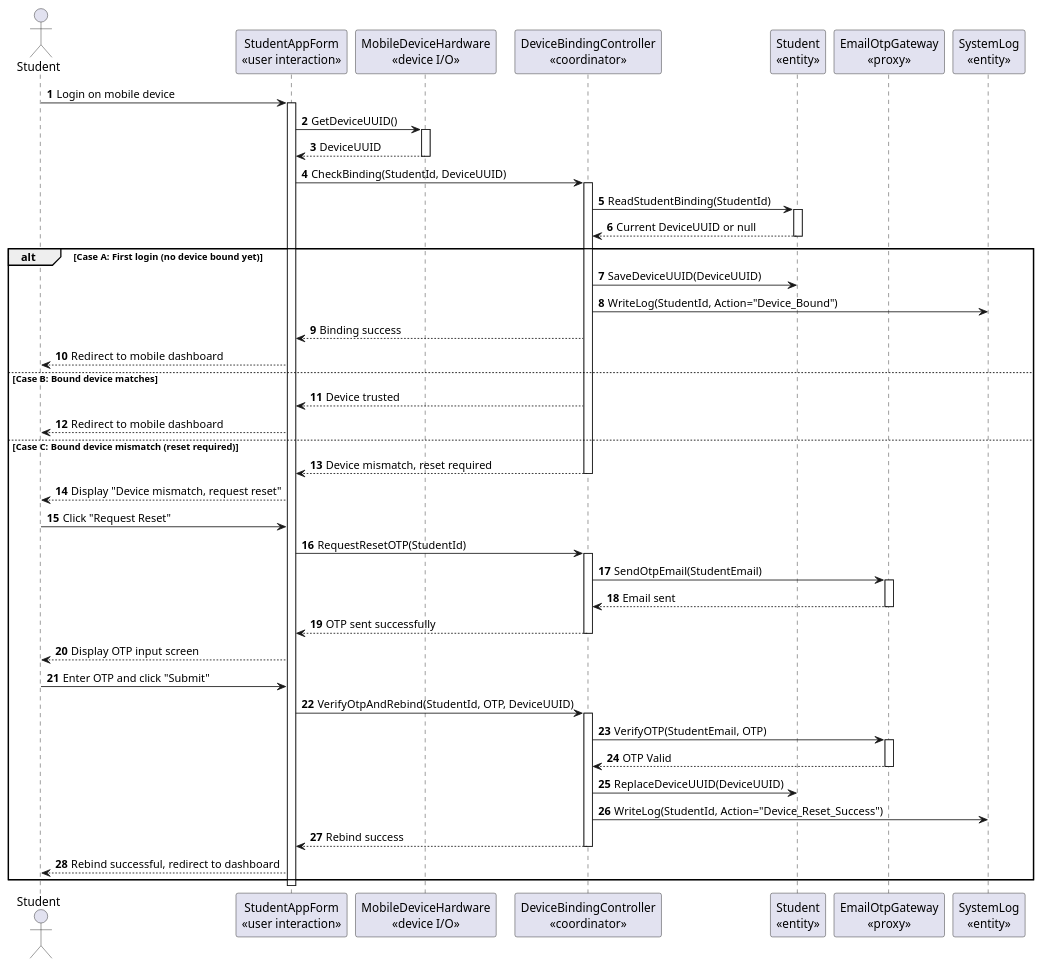
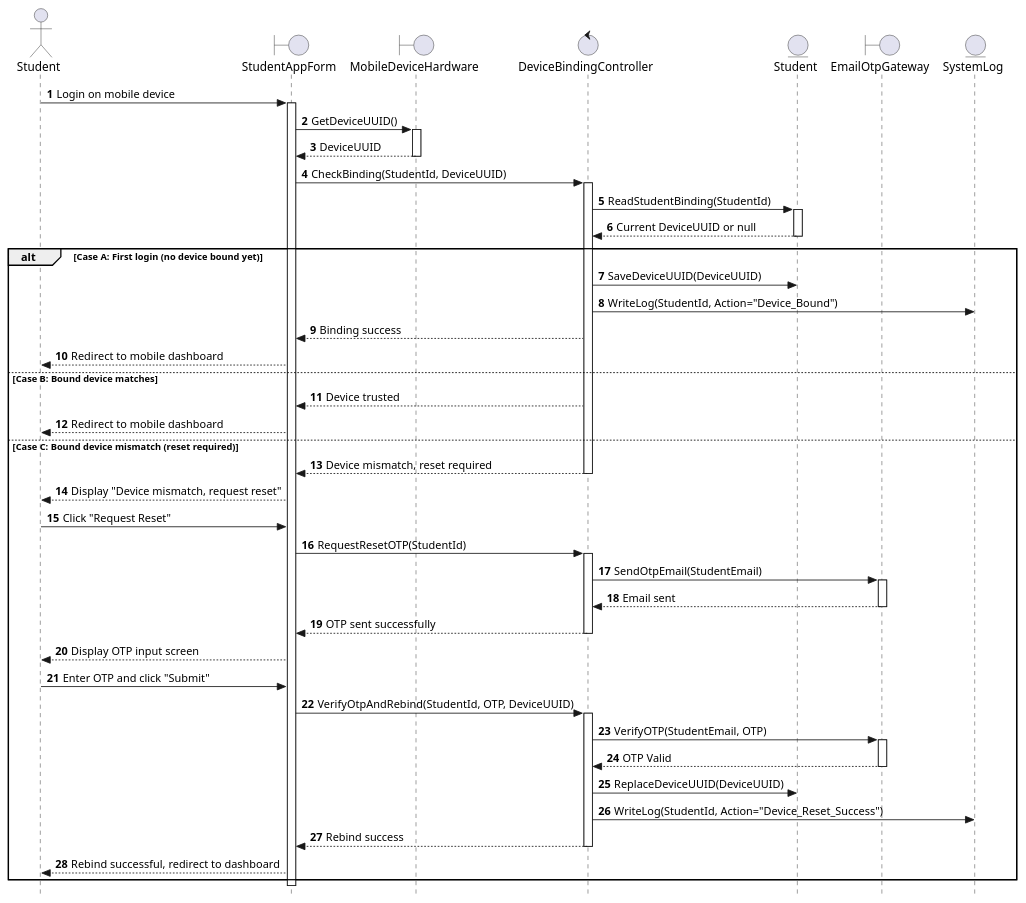
The fifth of 31 diagrams in MainDocs/AFAS_RDS_Document_Part1B_Analysis_models.md (nttung42/SWD392), drawn with PlantUML before and after one commit. The commit also changed other lines of this file, not shown here.

Commit message:
docs: refactor sequence diagrams to use strict UML/BCE and add message description tables

````diff
--- a/MainDocs/AFAS_RDS_Document_Part1B_Analysis_models.md
+++ b/MainDocs/AFAS_RDS_Document_Part1B_Analysis_models.md
@@ -435,62 +454,63 @@
 ```plantuml
 @startuml
+skinparam style strictuml
 autonumber
 actor SV as "Student"
-participant SAF as "StudentAppForm\n«user interaction»"
-participant MD as "MobileDeviceHardware\n«device I/O»"
-participant DBC as "DeviceBindingController\n«coordinator»"
-participant ST as "Student\n«entity»"
-participant OTP as "EmailOtpGateway\n«proxy»"
-participant SL as "SystemLog\n«entity»"
+boundary SAF as "StudentAppForm"
+boundary MD as "MobileDeviceHardware"
+control DBC as "DeviceBindingController"
+entity ST as "Student"
+boundary OTP as "EmailOtpGateway"
+entity SL as "SystemLog"
 
 SV -> SAF : Login on mobile device
 activate SAF
 SAF -> MD : GetDeviceUUID()
 activate MD
 MD --> SAF : DeviceUUID
 deactivate MD
 SAF -> DBC : CheckBinding(StudentId, DeviceUUID)
 activate DBC
 DBC -> ST : ReadStudentBinding(StudentId)
 activate ST
 ST --> DBC : Current DeviceUUID or null
 deactivate ST
 
 alt Case A: First login (no device bound yet)
     DBC -> ST : SaveDeviceUUID(DeviceUUID)
     DBC -> SL : WriteLog(StudentId, Action="Device_Bound")
     DBC --> SAF : Binding success
     SAF --> SV : Redirect to mobile dashboard
 else Case B: Bound device matches
     DBC --> SAF : Device trusted
     SAF --> SV : Redirect to mobile dashboard
 else Case C: Bound device mismatch (reset required)
     DBC --> SAF : Device mismatch, reset required
     deactivate DBC
     SAF --> SV : Display "Device mismatch, request reset"
     SV -> SAF : Click "Request Reset"
     SAF -> DBC : RequestResetOTP(StudentId)
     activate DBC
     DBC -> OTP : SendOtpEmail(StudentEmail)
     activate OTP
     OTP --> DBC : Email sent
     deactivate OTP
     DBC --> SAF : OTP sent successfully
     deactivate DBC
     SAF --> SV : Display OTP input screen
     SV -> SAF : Enter OTP and click "Submit"
     SAF -> DBC : VerifyOtpAndRebind(StudentId, OTP, DeviceUUID)
     activate DBC
     DBC -> OTP : VerifyOTP(StudentEmail, OTP)
     activate OTP
     OTP --> DBC : OTP Valid
     deactivate OTP
     DBC -> ST : ReplaceDeviceUUID(DeviceUUID)
     DBC -> SL : WriteLog(StudentId, Action="Device_Reset_Success")
     DBC --> SAF : Rebind success
     deactivate DBC
     SAF --> SV : Rebind successful, redirect to dashboard
 end
 deactivate SAF
 @enduml
 ```
````
